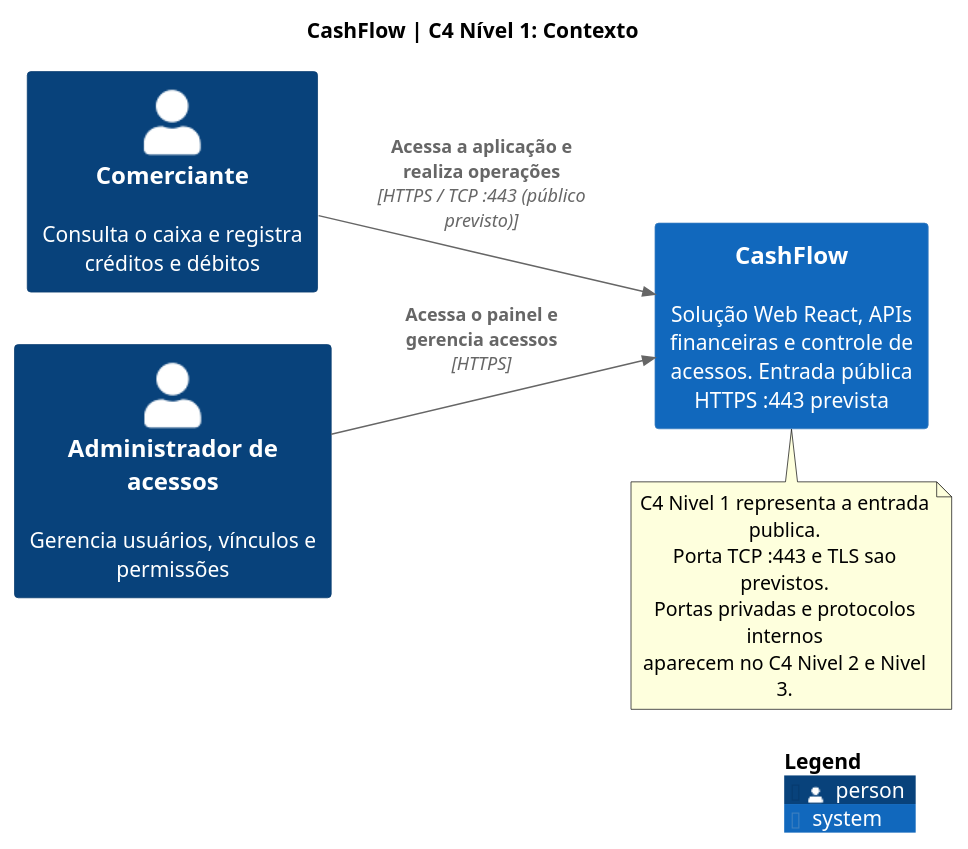
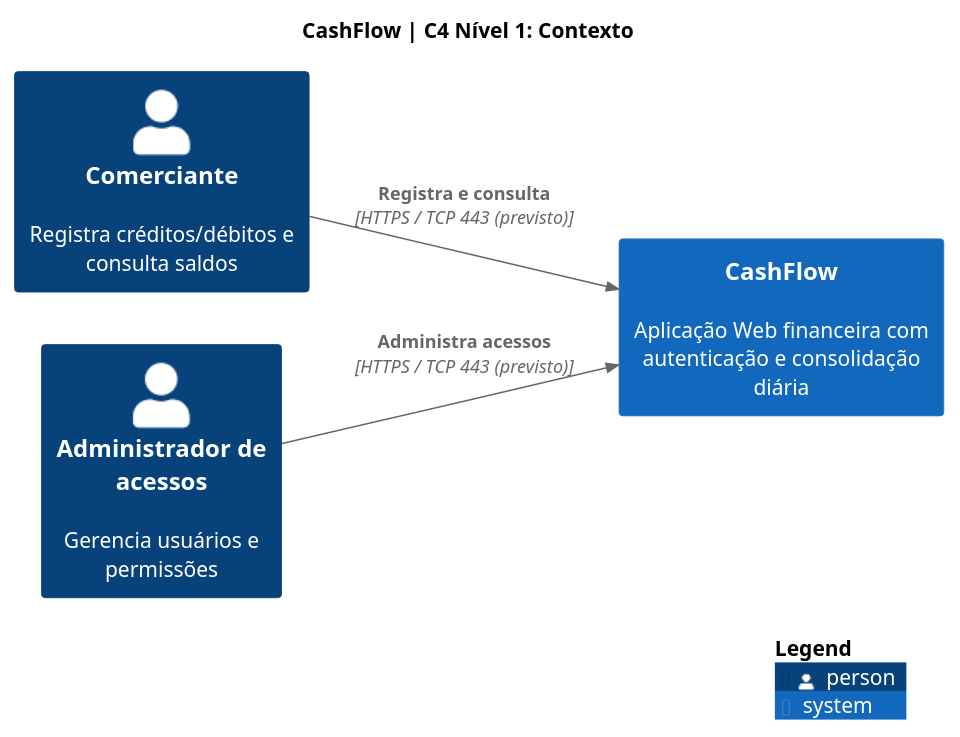
The diagram in docs/architecture/plantuml/c4-context.puml (wolwerr/CashFlow-Architecture), drawn with PlantUML before and after one commit.

Commit message:
docs(c4): simplify L1/L2 layout and clarify optional NGINX IAM integration (#6)

```diff
--- a/docs/architecture/plantuml/c4-context.puml
+++ b/docs/architecture/plantuml/c4-context.puml
@@ -1,18 +1,15 @@
 @startuml CashFlow_Context
 !include <C4/C4_Context>
+
 title CashFlow | C4 Nível 1: Contexto
 LAYOUT_LEFT_RIGHT()
-Person(comerciante, "Comerciante", "Consulta o caixa e registra créditos e débitos")
-Person(admin, "Administrador de acessos", "Gerencia usuários, vínculos e permissões")
-System(cashflow, "CashFlow", "Solução Web React, APIs financeiras e controle de acessos. Entrada pública HTTPS :443 prevista")
-Rel(comerciante, cashflow, "Acessa a aplicação e realiza operações", "HTTPS / TCP :443 (público previsto)")
-Rel(admin, cashflow, "Acessa o painel e gerencia acessos", "HTTPS")
-note bottom of cashflow
-  C4 Nivel 1 representa a entrada publica.
-  Porta TCP :443 e TLS sao previstos.
-  Portas privadas e protocolos internos
-  aparecem no C4 Nivel 2 e Nivel 3.
-end note
+
+Person(comerciante, "Comerciante", "Registra créditos/débitos e consulta saldos")
+Person(admin, "Administrador de acessos", "Gerencia usuários e permissões")
+System(cashflow, "CashFlow", "Aplicação Web financeira com autenticação e consolidação diária")
+
+Rel(comerciante, cashflow, "Registra e consulta", "HTTPS / TCP 443 (previsto)")
+Rel(admin, cashflow, "Administra acessos", "HTTPS / TCP 443 (previsto)")
 
 SHOW_LEGEND()
 @enduml
```
